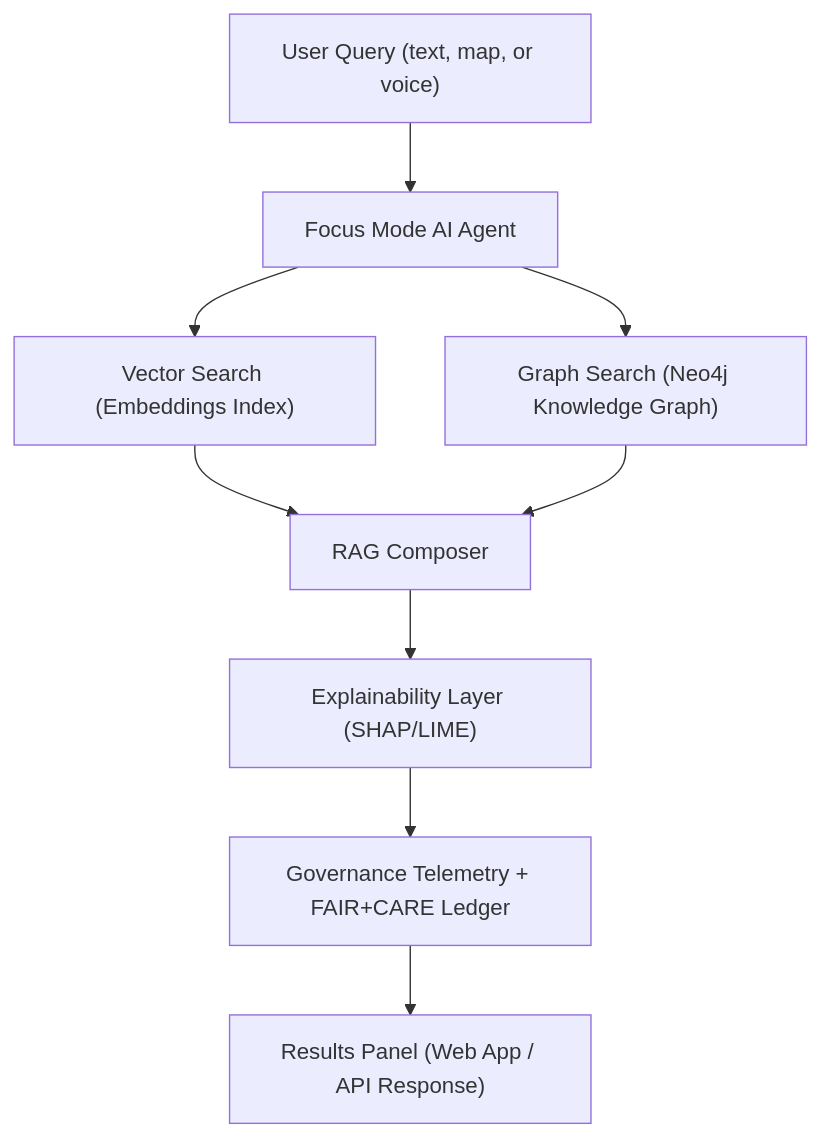
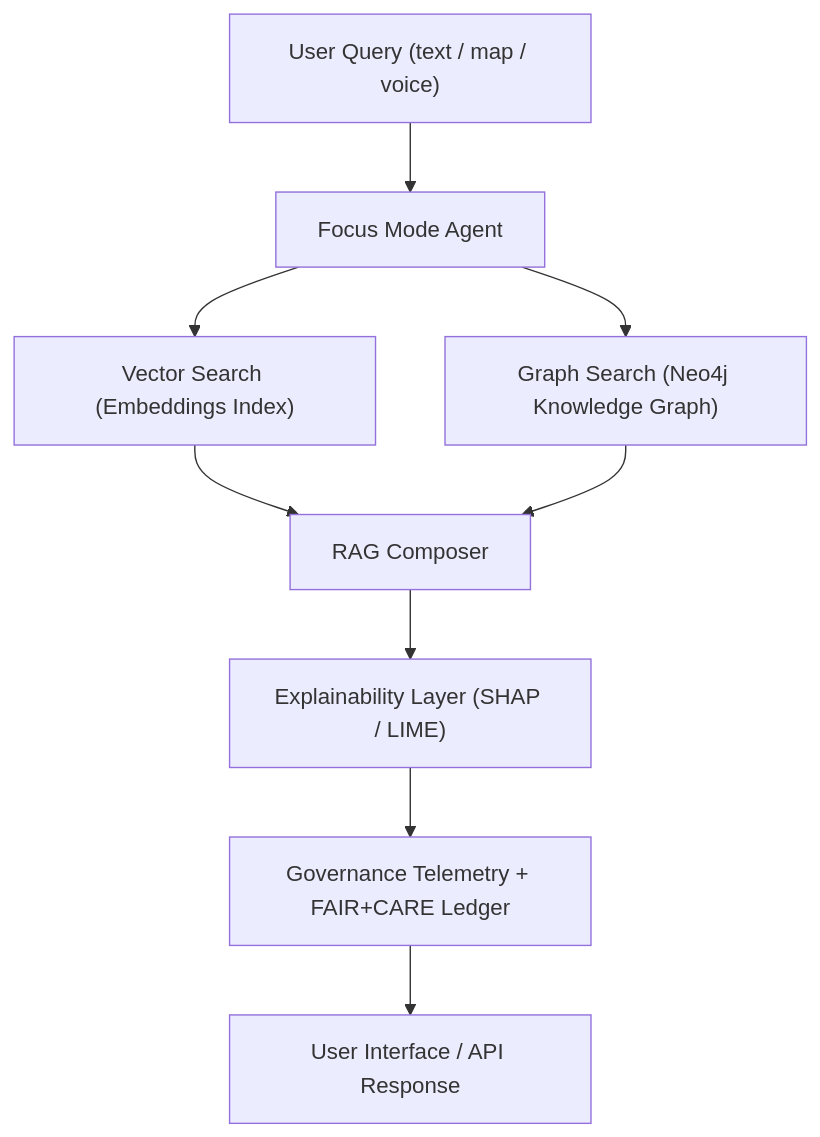
Before and after one commit to bartytime4life/Kansas-Frontier-Matrix: the diagram in docs/guides/ai/graph-augmented-intelligence.md, drawn with Mermaid. The commit also changed other lines of this file, not shown here.

````diff
--- a/docs/guides/ai/graph-augmented-intelligence.md
+++ b/docs/guides/ai/graph-augmented-intelligence.md
@@ -62,11 +66,11 @@
 ```mermaid
 flowchart TD
-  A["User Query (text, map, or voice)"] --> B["Focus Mode AI Agent"]
-  B --> C["Vector Search (Embeddings Index)"]
-  B --> D["Graph Search (Neo4j Knowledge Graph)"]
-  C --> E["RAG Composer"]
-  D --> E
-  E --> F["Explainability Layer (SHAP/LIME)"]
-  F --> G["Governance Telemetry + FAIR+CARE Ledger"]
-  G --> H["Results Panel (Web App / API Response)"]
+A["User Query (text / map / voice)"] --> B["Focus Mode Agent"]
+B --> C["Vector Search (Embeddings Index)"]
+B --> D["Graph Search (Neo4j Knowledge Graph)"]
+C --> E["RAG Composer"]
+D --> E
+E --> F["Explainability Layer (SHAP / LIME)"]
+F --> G["Governance Telemetry + FAIR+CARE Ledger"]
+G --> H["User Interface / API Response"]
 ```
````
